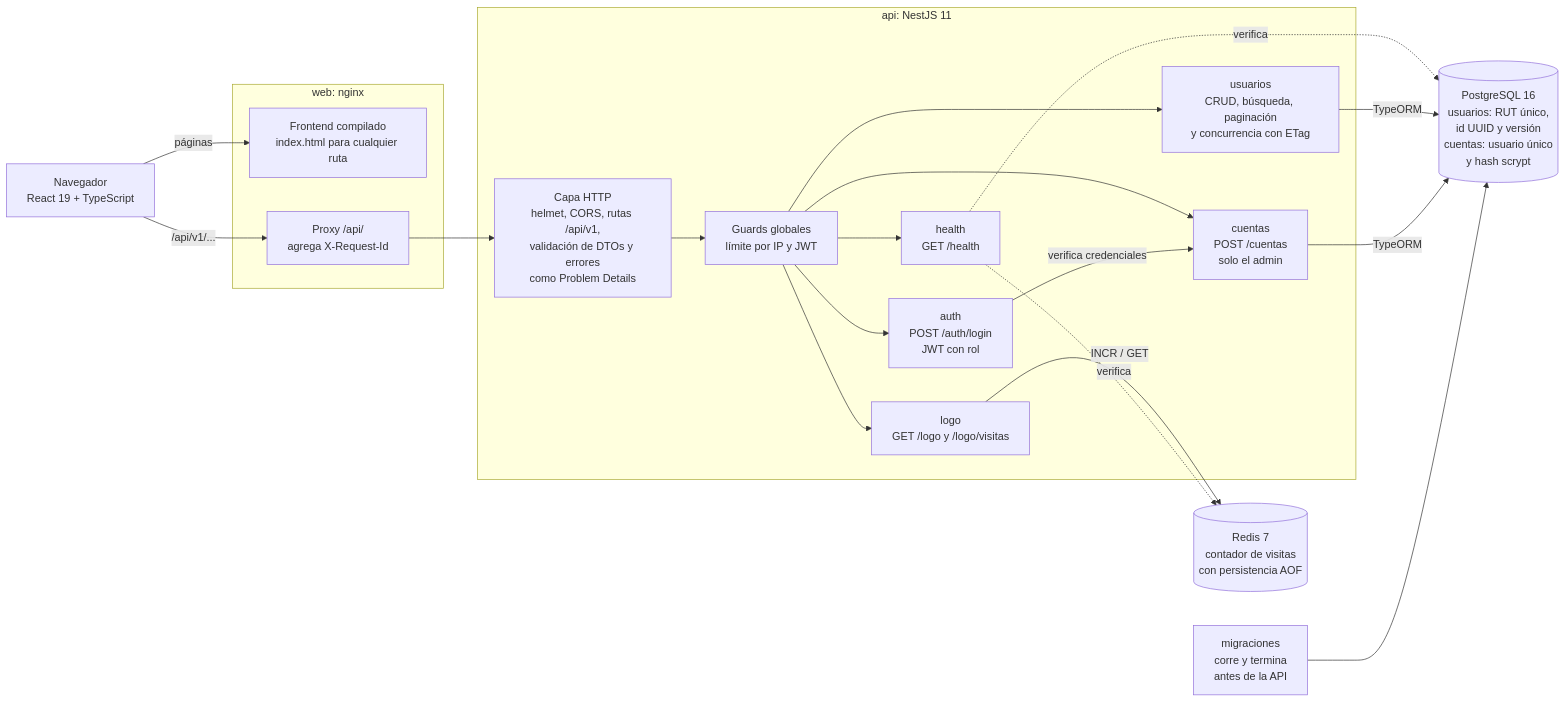
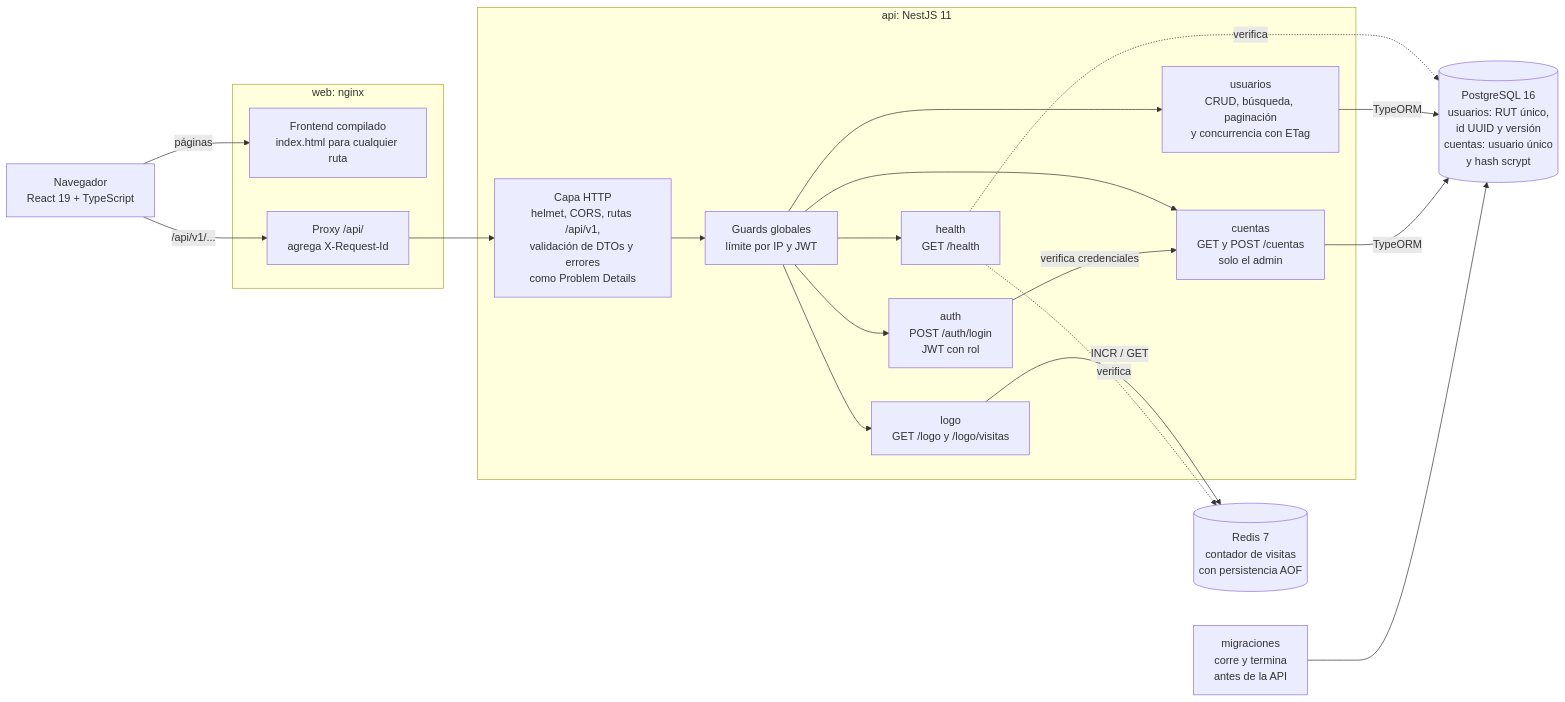
The first of 5 diagrams in README.md (onlyG19/prueba-modernizacion-externa), drawn with Mermaid before and after one commit. The commit also changed other lines of this file and 2 other files, not shown here.

First line of the commit message:
docs: tabla de cuentas en los README y en MEJORAS

````diff
--- a/README.md
+++ b/README.md
@@ -49,40 +49,40 @@
 ```mermaid
 flowchart LR
     navegador["Navegador<br/>React 19 + TypeScript"]
 
     subgraph web["web: nginx"]
         estaticos["Frontend compilado<br/>index.html para cualquier ruta"]
         proxy["Proxy /api/<br/>agrega X-Request-Id"]
     end
 
     subgraph api["api: NestJS 11"]
         http["Capa HTTP<br/>helmet, CORS, rutas /api/v1,<br/>validación de DTOs y errores<br/>como Problem Details"]
         guards["Guards globales<br/>límite por IP y JWT"]
         auth["auth<br/>POST /auth/login<br/>JWT con rol"]
-        cuentas["cuentas<br/>POST /cuentas<br/>solo el admin"]
+        cuentas["cuentas<br/>GET y POST /cuentas<br/>solo el admin"]
         logo["logo<br/>GET /logo y /logo/visitas"]
         health["health<br/>GET /health"]
         usuarios["usuarios<br/>CRUD, búsqueda, paginación<br/>y concurrencia con ETag"]
     end
 
     redis[("Redis 7<br/>contador de visitas<br/>con persistencia AOF")]
     pg[("PostgreSQL 16<br/>usuarios: RUT único,<br/>id UUID y versión<br/>cuentas: usuario único<br/>y hash scrypt")]
     migraciones["migraciones<br/>corre y termina<br/>antes de la API"]
 
     navegador -->|"páginas"| estaticos
     navegador -->|"/api/v1/..."| proxy
     proxy --> http
     http --> guards
     guards --> auth
     guards --> cuentas
     guards --> logo
     guards --> health
     guards --> usuarios
     logo -->|"INCR / GET"| redis
     health -.->|"verifica"| redis
     health -.->|"verifica"| pg
     usuarios -->|"TypeORM"| pg
     auth -->|"verifica credenciales"| cuentas
     cuentas -->|"TypeORM"| pg
     migraciones --> pg
 ```
````
